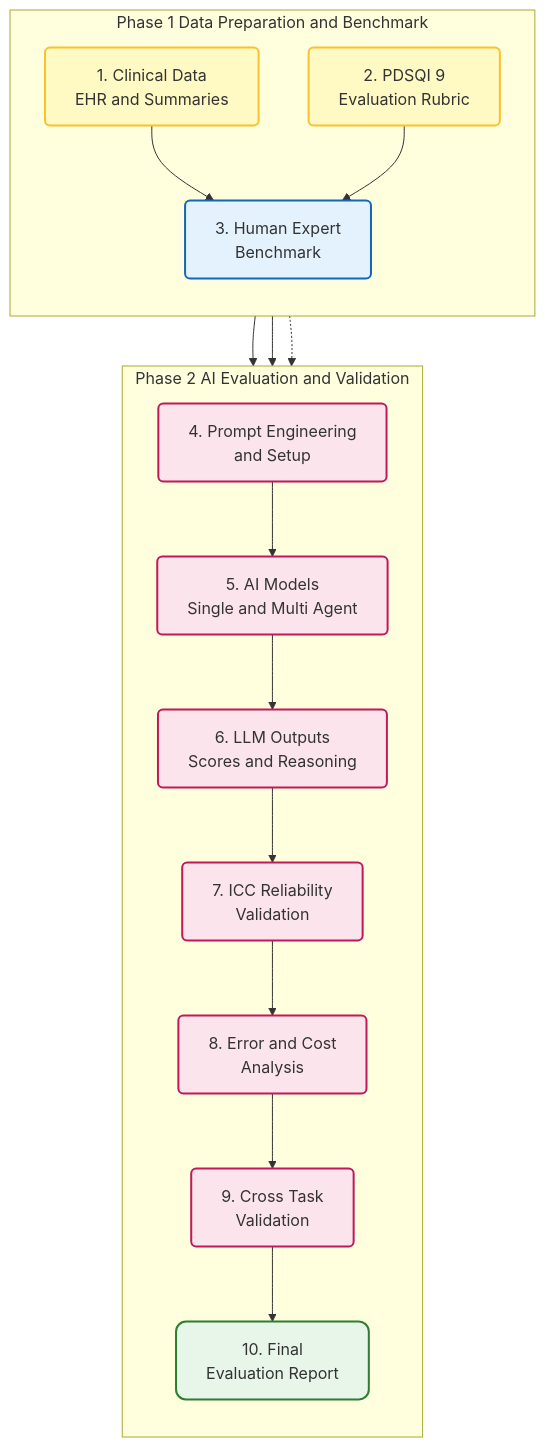
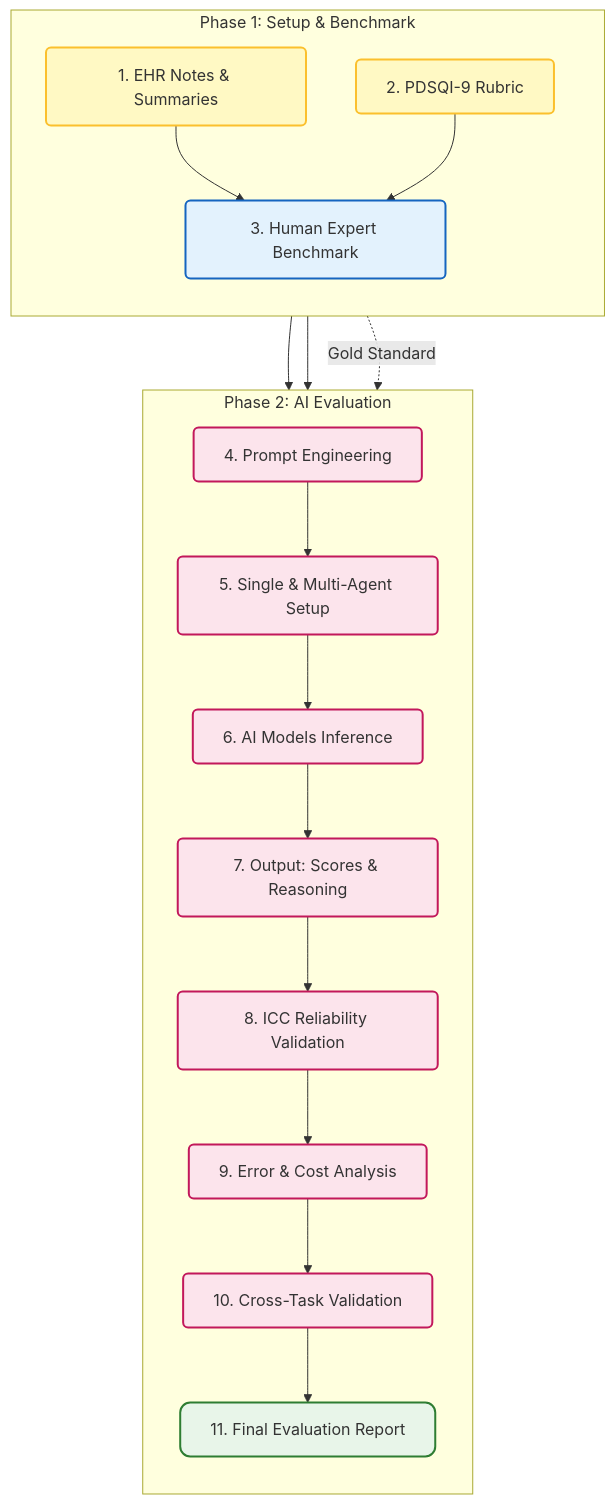
The diagram in Literature Review/medical background AI agent evaluation.md (hhtrocket/HHT-Benchmark-dataset), drawn with Mermaid before and after one commit.

Commit message:
Update medical background AI agent evaluation.md

````diff
--- a/Literature Review/medical background AI agent evaluation.md
+++ b/Literature Review/medical background AI agent evaluation.md
@@ -16,39 +16,42 @@
 ```mermaid
-flowchart TD
+flowchart TB
     classDef phase1 fill:#e3f2fd,stroke:#1565c0,stroke-width:2px,rx:5,ry:5;
     classDef phase2 fill:#fce4ec,stroke:#c2185b,stroke-width:2px,rx:5,ry:5;
     classDef input fill:#fff9c4,stroke:#fbc02d,stroke-width:2px,rx:5,ry:5;
     classDef report fill:#e8f5e9,stroke:#2e7d32,stroke-width:2px,rx:10,ry:10;
 
-    subgraph Phase1 [ Phase 1 Data Preparation and Benchmark ]
+    subgraph P1 [Phase 1: Setup & Benchmark]
         direction TB
-        Data["1. Clinical Data<br/>EHR and Summaries"]:::input
-        Rubric["2. PDSQI 9<br/>Evaluation Rubric"]:::input
-        Benchmark["3. Human Expert<br/>Benchmark"]:::phase1
+        N1["1. EHR Notes & Summaries"]:::input
+        N2["2. PDSQI-9 Rubric"]:::input
+        N3["3. Human Expert Benchmark"]:::phase1
         
-        Data --> Benchmark
-        Rubric --> Benchmark
+        N1 --> N3
+        N2 --> N3
     end
 
-    subgraph Phase2 [ Phase 2 AI Evaluation and Validation ]
+    subgraph P2 [Phase 2: AI Evaluation]
         direction TB
-        Setup["4. Prompt Engineering<br/>and Setup"]:::phase2
-        Models["5. AI Models<br/>Single and Multi Agent"]:::phase2
-        Outputs["6. LLM Outputs<br/>Scores and Reasoning"]:::phase2
-        Validation["7. ICC Reliability<br/>Validation"]:::phase2
-        Analysis["8. Error and Cost<br/>Analysis"]:::phase2
-        CrossTask["9. Cross Task<br/>Validation"]:::phase2
-        Report["10. Final<br/>Evaluation Report"]:::report
+        N4["4. Prompt Engineering"]:::phase2
+        N5["5. Single & Multi-Agent Setup"]:::phase2
+        N6["6. AI Models Inference"]:::phase2
+        N7["7. Output: Scores & Reasoning"]:::phase2
+        N8["8. ICC Reliability Validation"]:::phase2
+        N9["9. Error & Cost Analysis"]:::phase2
+        N10["10. Cross-Task Validation"]:::phase2
+        N11["11. Final Evaluation Report"]:::report
         
-        Setup --> Models
-        Models --> Outputs
-        Outputs --> Validation
-        Validation --> Analysis
-        Analysis --> CrossTask
-        CrossTask --> Report
+        N4 --> N5
+        N5 --> N6
+        N6 --> N7
+        N7 --> N8
+        N8 --> N9
+        N9 --> N10
+        N10 --> N11
     end
 
-    Data --> Setup
-    Rubric --> Setup
-    Benchmark -.-> Validation
+    %% Minimal Cross-Phase Connections
+    N1 --> N4
+    N2 --> N4
+    N3 -.->|Gold Standard| N8
 ```
````
